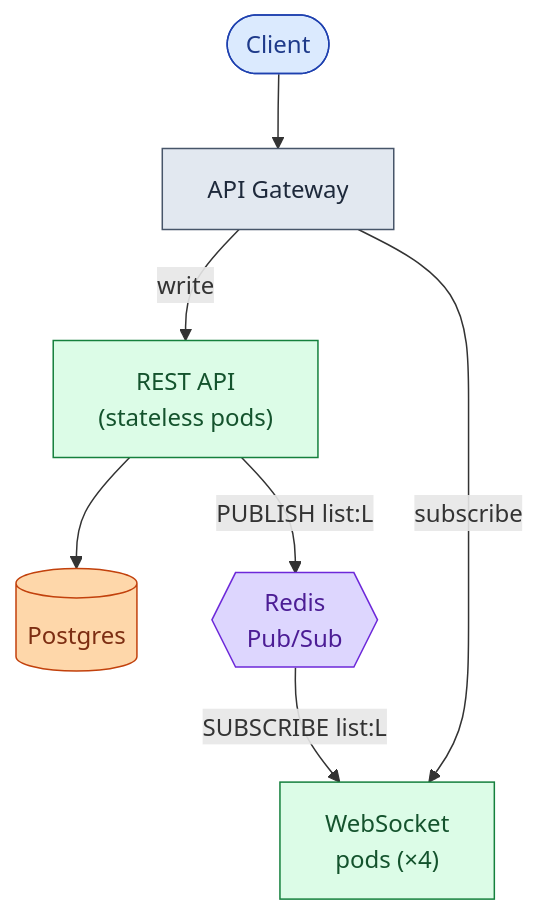
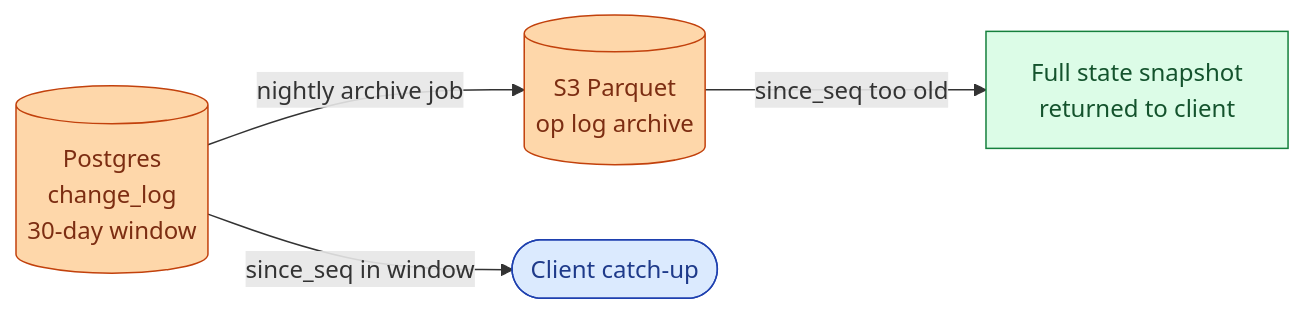
The eighth of 12 diagrams in problems/013-todo-list-sharing/question.md (shiningflash/system-design), drawn with Mermaid before and after one commit. The commit also changed other lines of this file and 37 other files, not shown here.

````diff
--- a/problems/013-todo-list-sharing/question.md
+++ b/problems/013-todo-list-sharing/question.md
@@ -298,15 +360,10 @@
 ```mermaid
-flowchart TB
-    C([Client]):::user --> GW["API Gateway"]:::edge
-    GW -->|write| API["REST API<br/>(stateless pods)"]:::app
-    GW -->|subscribe| WS["WebSocket<br/>pods (×4)"]:::app
-    API --> DB[("Postgres")]:::db
-    API -->|PUBLISH list:L| Redis{{"Redis<br/>Pub/Sub"}}:::queue
-    Redis -->|SUBSCRIBE list:L| WS
+flowchart LR
+    Hot[("Postgres<br/>change_log<br/>30-day window")]:::db -->|"nightly archive job"| Cold[("S3 Parquet<br/>op log archive")]:::db
+    Hot -->|since_seq in window| Client([Client catch-up]):::user
+    Cold -->|since_seq too old| Snapshot["Full state snapshot<br/>returned to client"]:::app
 
-    classDef user  fill:#dbeafe,stroke:#1e40af,color:#1e3a8a
-    classDef edge  fill:#e2e8f0,stroke:#475569,color:#1e293b
-    classDef app   fill:#dcfce7,stroke:#15803d,color:#14532d
-    classDef db    fill:#fed7aa,stroke:#c2410c,color:#7c2d12
-    classDef queue fill:#ddd6fe,stroke:#6d28d9,color:#4c1d95
+    classDef db   fill:#fed7aa,stroke:#c2410c,color:#7c2d12
+    classDef user fill:#dbeafe,stroke:#1e40af,color:#1e3a8a
+    classDef app  fill:#dcfce7,stroke:#15803d,color:#14532d
 ```
````
